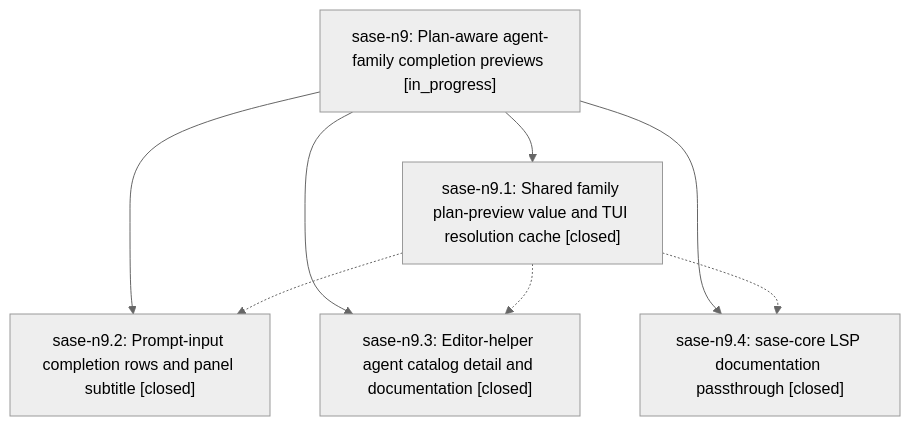
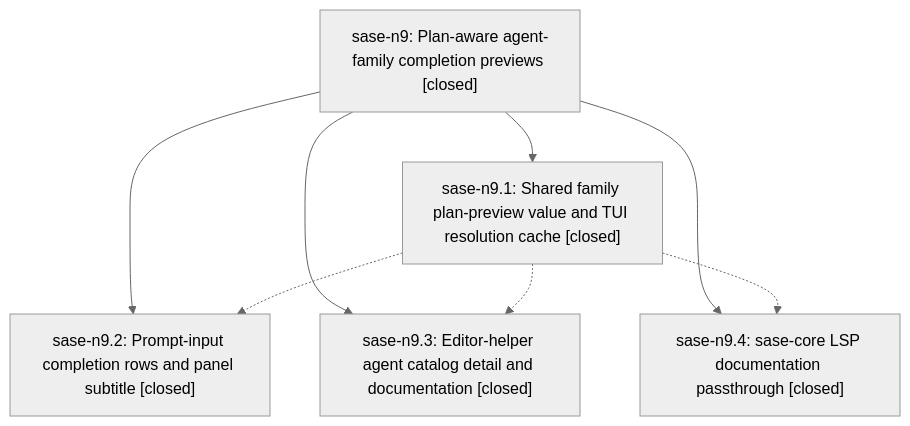
One commit to sase-org/sase--beads changed the diagram in pages/sase-n9/README.md. Above: the diagram before and after it, drawn with Mermaid (neutral theme). The commit also changed other lines of this file, not shown here.

First line of the commit message:
chore(beads): sync bead state and pages for sase-n9

````diff
--- a/pages/sase-n9/README.md
+++ b/pages/sase-n9/README.md
@@ -25,15 +33,15 @@
 ```mermaid
 flowchart TD
-    n0["sase-n9: Plan-aware agent-family completion previews [in_progress]"]
+    n0["sase-n9: Plan-aware agent-family completion previews [closed]"]
     n1["sase-n9.1: Shared family plan-preview value and TUI resolution cache [closed]"]
     n2["sase-n9.2: Prompt-input completion rows and panel subtitle [closed]"]
     n3["sase-n9.3: Editor-helper agent catalog detail and documentation [closed]"]
     n4["sase-n9.4: sase-core LSP documentation passthrough [closed]"]
     n0 --> n1
     n0 --> n2
     n0 --> n3
     n0 --> n4
     n1 -.-> n2
     n1 -.-> n3
     n1 -.-> n4
 ```
````
